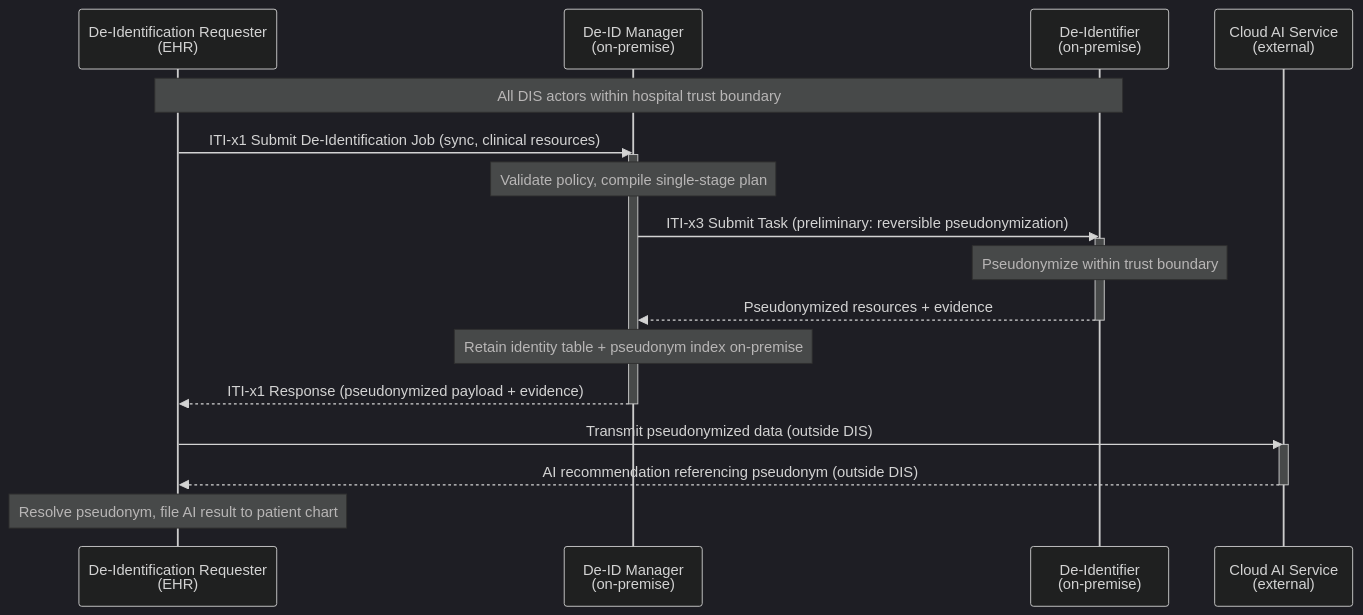
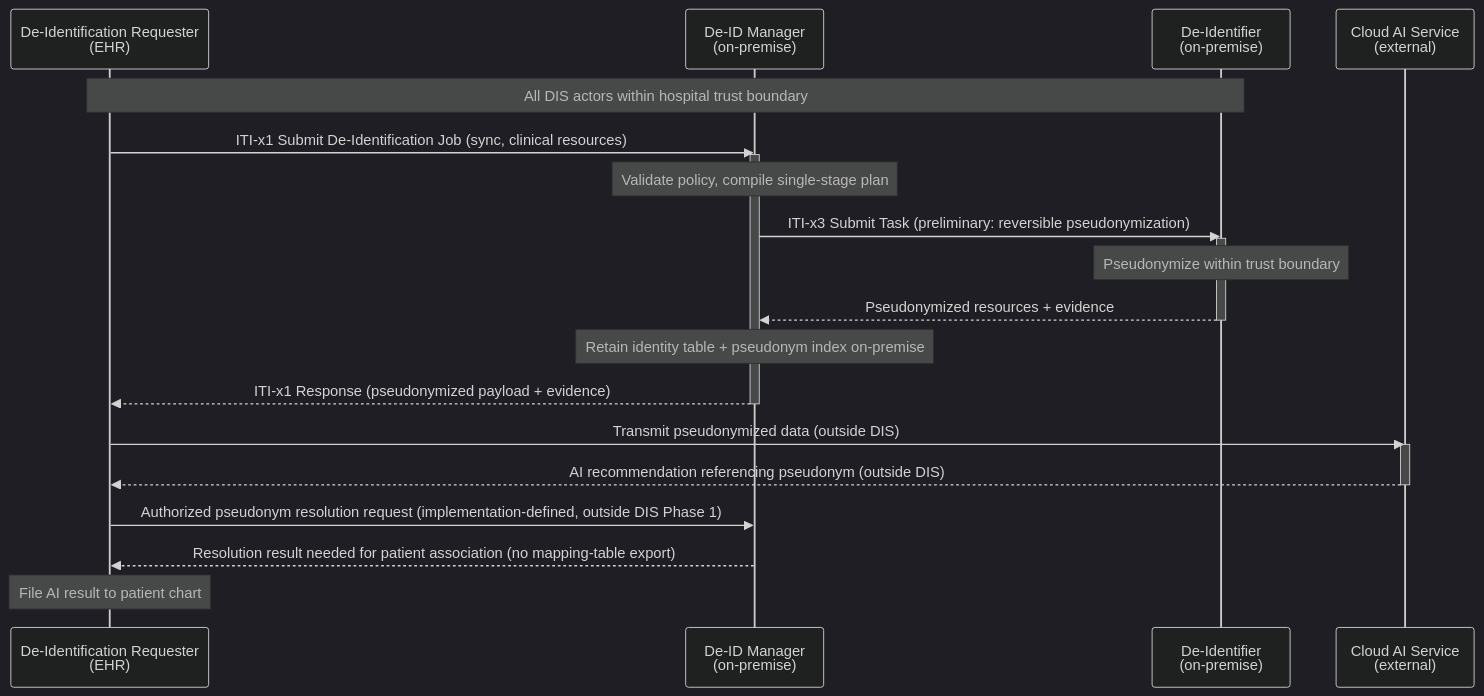
One commit to IHE/ITI.DIS changed the fifth of 6 diagrams in input/pagecontent/volume-1.md. Above: the diagram before and after it, drawn with Mermaid (dark theme). The commit also changed other lines of this file and 2 other files, not shown here.

````diff
--- a/input/pagecontent/volume-1.md
+++ b/input/pagecontent/volume-1.md
@@ -386,30 +400,32 @@
 ```mermaid
 sequenceDiagram
     participant EHR as De-Identification Requester<br/>(EHR)
     participant MGR as De-ID Manager<br/>(on-premise)
     participant DI as De-Identifier<br/>(on-premise)
     participant AI as Cloud AI Service<br/>(external)
 
     Note over EHR,DI: All DIS actors within hospital trust boundary
 
     EHR->>MGR: ITI-x1 Submit De-Identification Job (sync, clinical resources)
     activate MGR
     Note over MGR: Validate policy, compile single-stage plan
 
     MGR->>DI: ITI-x3 Submit Task (preliminary: reversible pseudonymization)
     activate DI
     Note over DI: Pseudonymize within trust boundary
     DI-->>MGR: Pseudonymized resources + evidence
     deactivate DI
 
     Note over MGR: Retain identity table + pseudonym index on-premise
     MGR-->>EHR: ITI-x1 Response (pseudonymized payload + evidence)
     deactivate MGR
 
     EHR->>AI: Transmit pseudonymized data (outside DIS)
     activate AI
     AI-->>EHR: AI recommendation referencing pseudonym (outside DIS)
     deactivate AI
 
-    Note over EHR: Resolve pseudonym, file AI result to patient chart
+    EHR->>MGR: Authorized pseudonym resolution request (implementation-defined, outside DIS Phase 1)
+    MGR-->>EHR: Resolution result needed for patient association (no mapping-table export)
+    Note over EHR: File AI result to patient chart
 ```
````
